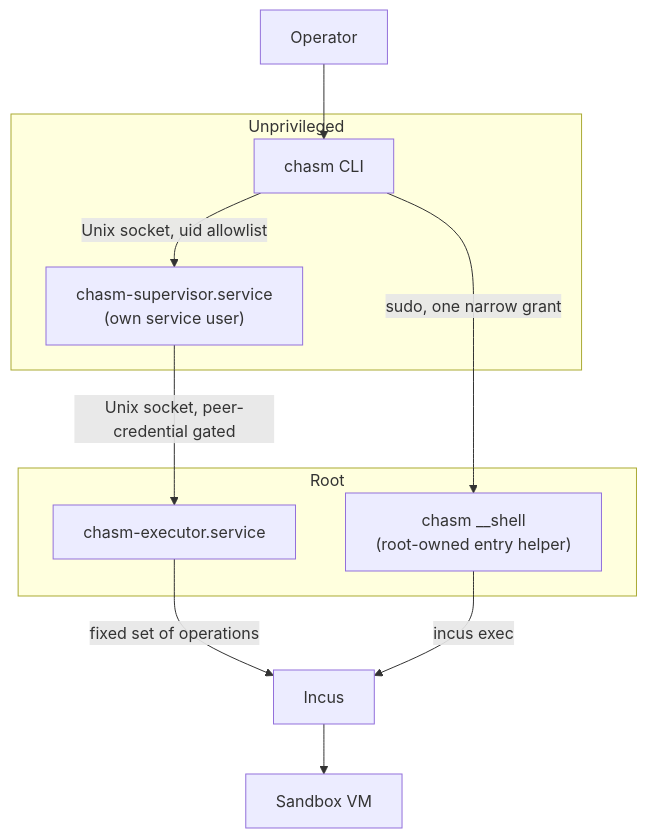
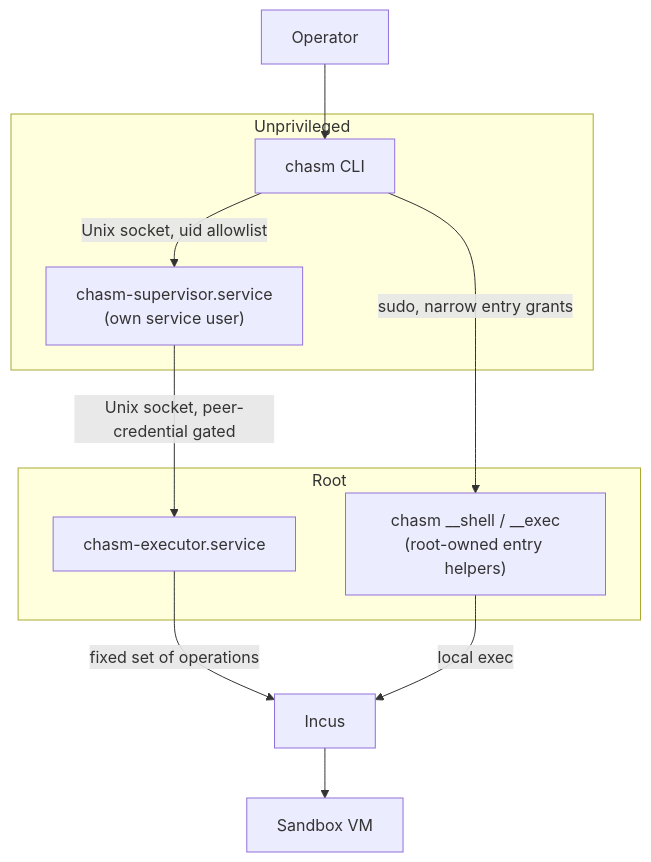
One commit to rahulrajaram/chasm changed the diagram in README.md. Above: the diagram before and after it, drawn with Mermaid. The commit also changed other lines of this file and 45 other files, not shown here.

````diff
--- a/README.md
+++ b/README.md
@@ -48,18 +49,18 @@
 ```mermaid
 flowchart TD
     subgraph unpriv["Unprivileged"]
         cli["chasm CLI"]
         sup["chasm-supervisor.service<br/>(own service user)"]
     end
     subgraph priv["Root"]
         exe["chasm-executor.service"]
-        sh["chasm __shell<br/>(root-owned entry helper)"]
+        sh["chasm __shell / __exec<br/>(root-owned entry helpers)"]
     end
     op["Operator"] --> cli
     cli -->|"Unix socket, uid allowlist"| sup
     sup -->|"Unix socket, peer-credential gated"| exe
     exe -->|"fixed set of operations"| incus["Incus"]
-    cli -->|"sudo, one narrow grant"| sh
-    sh -->|"incus exec"| incus
+    cli -->|"sudo, narrow entry grants"| sh
+    sh -->|"local exec"| incus
     incus --> vm["Sandbox VM"]
 ```
````
